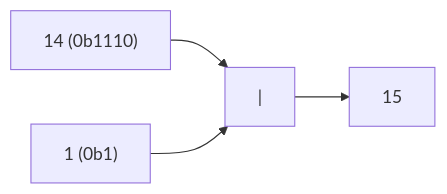
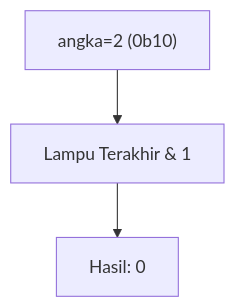
Before and after one commit to amnahwaida/OSNK_INF_PREP: diagram 15 of 25 in part-c-pemahaman-cpp/06-bitwise/latihan/set-01.md, drawn with Mermaid. The commit also changed other lines of this file and 71 other files, not shown here.

````diff
--- a/part-c-pemahaman-cpp/06-bitwise/latihan/set-01.md
+++ b/part-c-pemahaman-cpp/06-bitwise/latihan/set-01.md
@@ -390,6 +405,5 @@
 ```mermaid
-graph LR
-A["14 (0b1110)"] --> C["|"]
-B["1 (0b1)"] --> C
-C --> D["15"]
+graph TD
+A["angka=2 (0b10)"] --> B["Lampu Terakhir & 1"]
+B --> C["Hasil: 0"]
 ```
````
